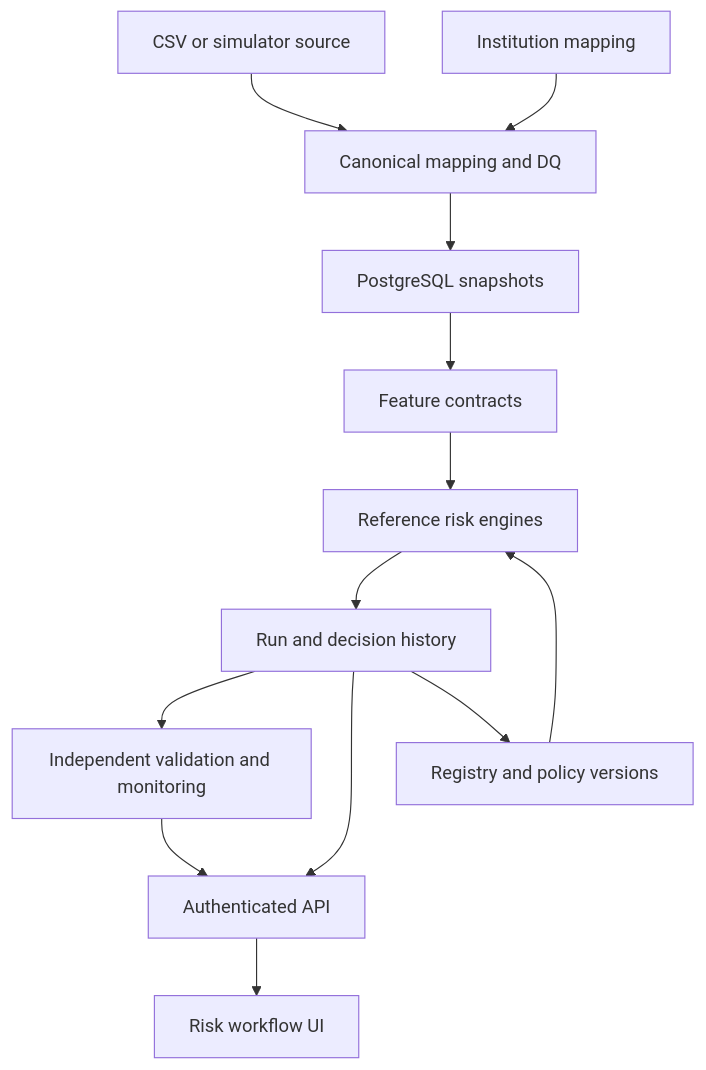
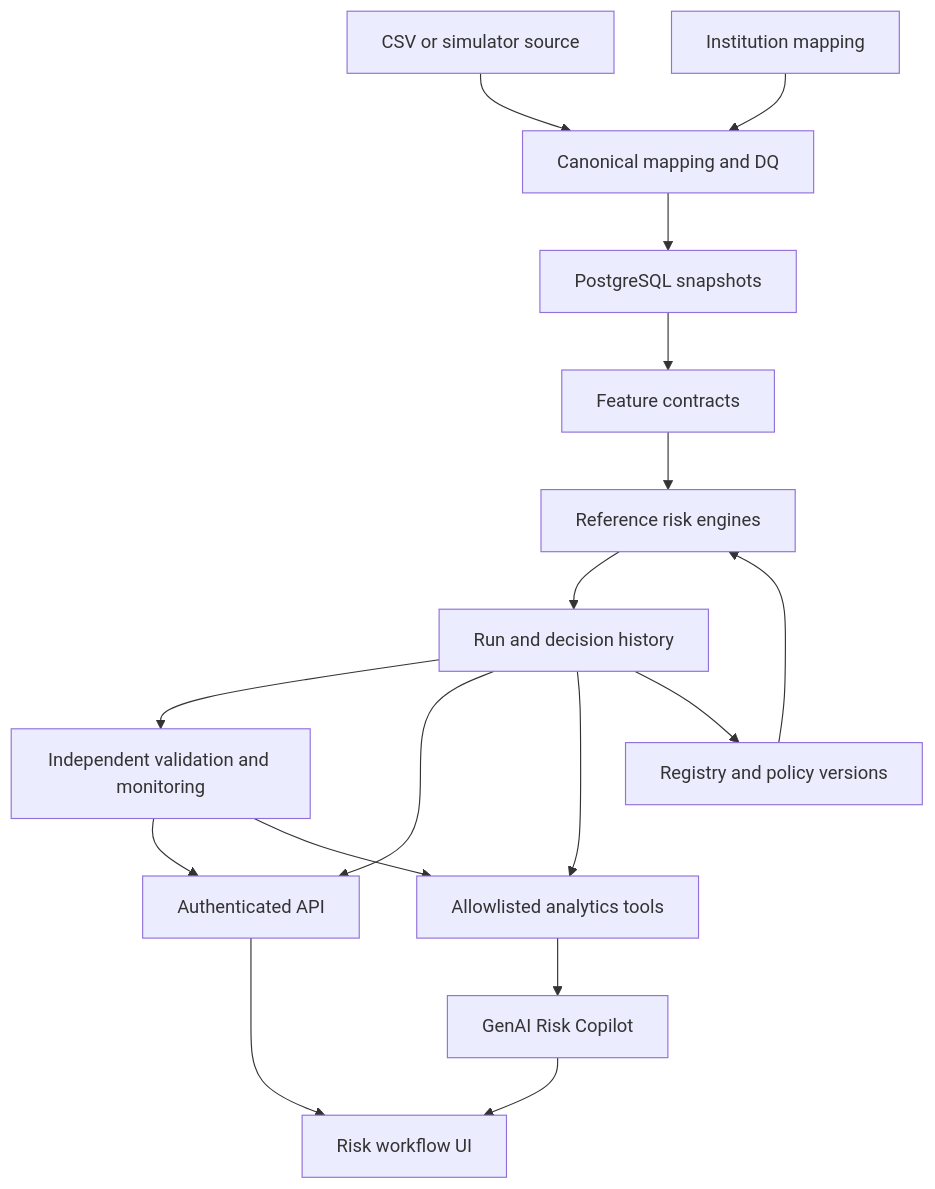
The diagram in TARGET_ARCHITECTURE.md (adel3amr/Credit-Risk-Analytics), drawn with Mermaid before and after one commit. The commit also changed other lines of this file and 27 other files, not shown here.

Commit message:
Close reference release and add grounded risk copilot

````diff
--- a/TARGET_ARCHITECTURE.md
+++ b/TARGET_ARCHITECTURE.md
@@ -5,15 +5,19 @@
 ```mermaid
 flowchart TD
  S[CSV or simulator source] --> M[Canonical mapping and DQ]
  I[Institution mapping] --> M
  M --> D[PostgreSQL snapshots]
  D --> F[Feature contracts]
  F --> R[Reference risk engines]
  R --> H[Run and decision history]
  H --> V[Independent validation and monitoring]
  H --> A[Authenticated API]
  V --> A
  A --> U[Risk workflow UI]
+ H --> T[Allowlisted analytics tools]
+ V --> T
+ T --> C[GenAI Risk Copilot]
+ C --> U
  G[Registry and policy versions] --> R
  H --> G
 ```
````
